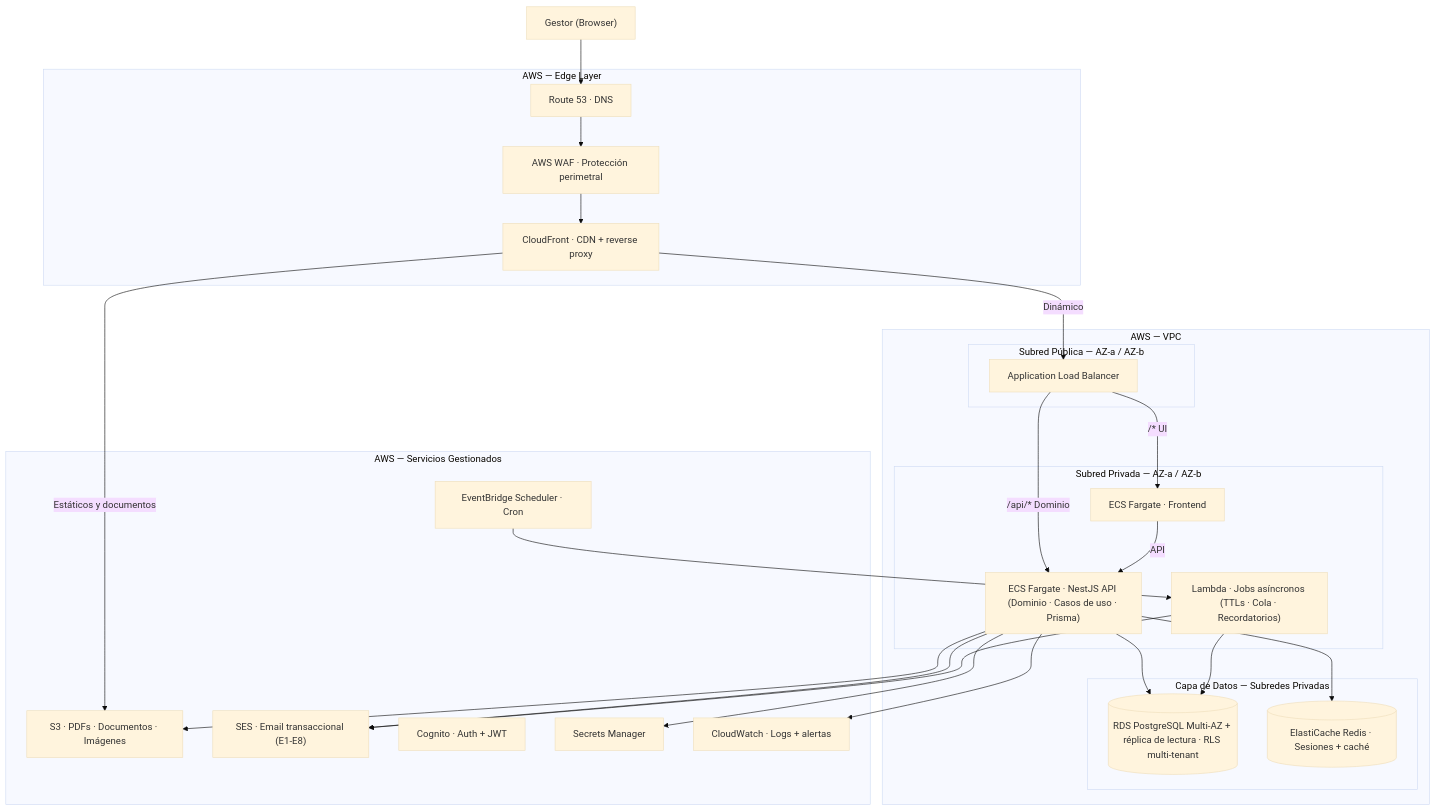
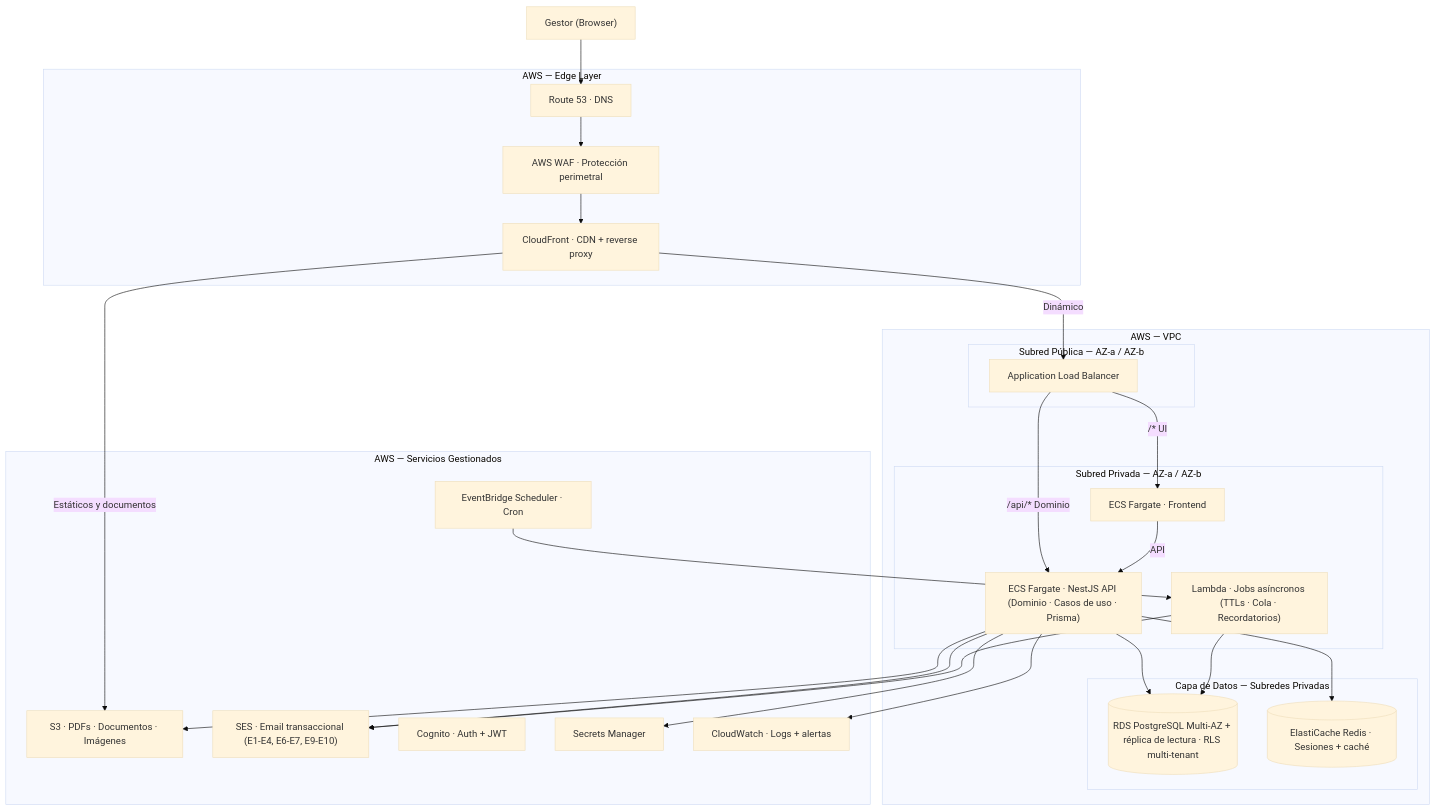
One commit to rvila89/slotify changed the second of 2 diagrams in docs/architecture.md. Above: the diagram before and after it, drawn with Mermaid (base theme). The commit also changed other lines of this file and 209 other files, not shown here.

````diff
--- a/docs/architecture.md
+++ b/docs/architecture.md
@@ -1145,50 +1142,50 @@
 ```mermaid
 graph TB
     Browser["Gestor (Browser)"]
 
     subgraph edge["AWS — Edge Layer"]
         R53["Route 53 · DNS"]
         WAF["AWS WAF · Protección perimetral"]
         CF["CloudFront · CDN + reverse proxy"]
     end
 
     subgraph vpc["AWS — VPC"]
         subgraph public["Subred Pública — AZ-a / AZ-b"]
             ALB["Application Load Balancer"]
         end
         subgraph private["Subred Privada — AZ-a / AZ-b"]
             WEB["ECS Fargate · Frontend"]
             API["ECS Fargate · NestJS API (Dominio · Casos de uso · Prisma)"]
             LAMBDA["Lambda · Jobs asíncronos (TTLs · Cola · Recordatorios)"]
         end
         subgraph datalayer["Capa de Datos — Subredes Privadas"]
             RDS[("RDS PostgreSQL Multi-AZ + réplica de lectura · RLS multi-tenant")]
             REDIS[("ElastiCache Redis · Sesiones + caché")]
         end
     end
 
     subgraph services["AWS — Servicios Gestionados"]
         S3["S3 · PDFs · Documentos · Imágenes"]
-        SES["SES · Email transaccional (E1-E8)"]
+        SES["SES · Email transaccional (E1-E4, E6-E7, E9-E10)"]
         EB["EventBridge Scheduler · Cron"]
         COGNITO["Cognito · Auth + JWT"]
         SM["Secrets Manager"]
         CW["CloudWatch · Logs + alertas"]
     end
 
     Browser --> R53 --> WAF --> CF
     CF -->|"Dinámico"| ALB
     CF -->|"Estáticos y documentos"| S3
     ALB -->|"/* UI"| WEB
     ALB -->|"/api/* Dominio"| API
     WEB -->|"API"| API
     API --> RDS
     API --> REDIS
     API --> S3
     API --> SES
     API --> SM
     API --> CW
     EB --> LAMBDA
     LAMBDA --> RDS
     LAMBDA --> SES
 ```
````
